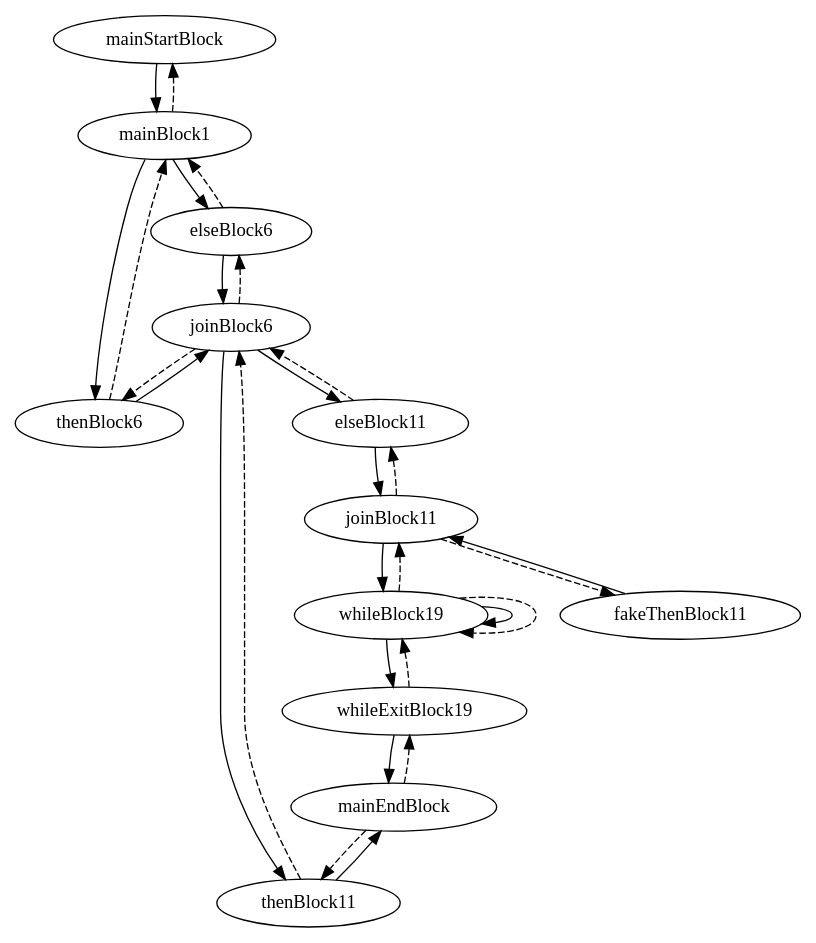
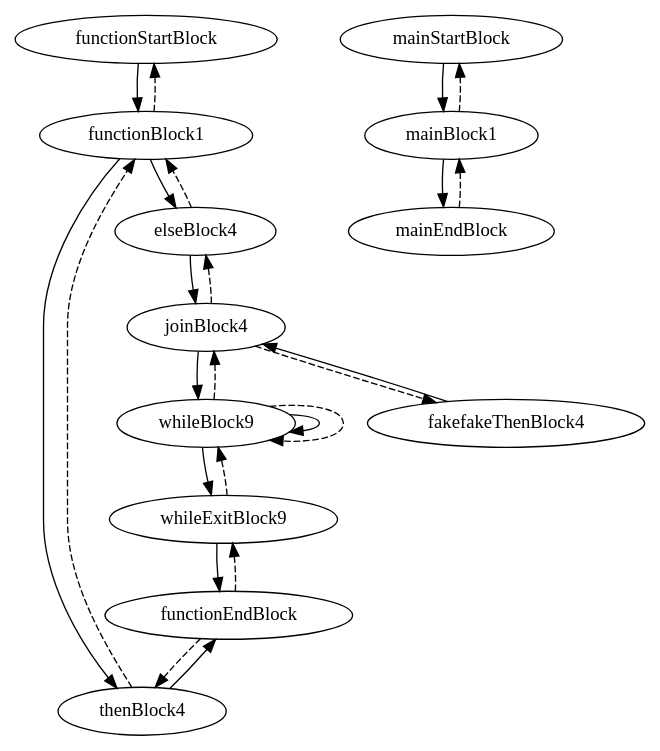
Before and after one commit to thomassimko/compiler: the diagram in cfg.gv, drawn with Graphviz. The commit also changed 310 other files, not shown here.

```diff
--- a/cfg.gv
+++ b/cfg.gv
@@ -1,30 +1,26 @@
 digraph G {
-size ="8.5,11";mainStartBlock -> mainBlock1
-mainBlock1 -> thenBlock6
-mainBlock1 -> elseBlock6
+size ="8.5,11";functionStartBlock -> functionBlock1
+functionBlock1 -> thenBlock4
+functionBlock1 -> elseBlock4
+functionBlock1 -> functionStartBlock [style=dashed]
+thenBlock4 -> functionEndBlock
+thenBlock4 -> functionBlock1 [style=dashed]
+elseBlock4 -> joinBlock4
+elseBlock4 -> functionBlock1 [style=dashed]
+joinBlock4 -> whileBlock9
+joinBlock4 -> fakefakeThenBlock4 [style=dashed]
+joinBlock4 -> elseBlock4 [style=dashed]
+fakefakeThenBlock4 -> joinBlock4
+whileBlock9 -> whileBlock9
+whileBlock9 -> whileExitBlock9
+whileBlock9 -> joinBlock4 [style=dashed]
+whileBlock9 -> whileBlock9 [style=dashed]
+whileExitBlock9 -> functionEndBlock
+whileExitBlock9 -> whileBlock9 [style=dashed]
+functionEndBlock -> thenBlock4 [style=dashed]
+functionEndBlock -> whileExitBlock9 [style=dashed]
+mainStartBlock -> mainBlock1
+mainBlock1 -> mainEndBlock
 mainBlock1 -> mainStartBlock [style=dashed]
-mainEndBlock -> thenBlock11 [style=dashed]
-mainEndBlock -> whileExitBlock19 [style=dashed]
-thenBlock6 -> joinBlock6
-thenBlock6 -> mainBlock1 [style=dashed]
-elseBlock6 -> joinBlock6
-elseBlock6 -> mainBlock1 [style=dashed]
-joinBlock6 -> thenBlock11
-joinBlock6 -> elseBlock11
-joinBlock6 -> thenBlock6 [style=dashed]
-joinBlock6 -> elseBlock6 [style=dashed]
-thenBlock11 -> mainEndBlock
-thenBlock11 -> joinBlock6 [style=dashed]
-elseBlock11 -> joinBlock11
-elseBlock11 -> joinBlock6 [style=dashed]
-joinBlock11 -> whileBlock19
-joinBlock11 -> fakeThenBlock11 [style=dashed]
-joinBlock11 -> elseBlock11 [style=dashed]
-fakeThenBlock11 -> joinBlock11
-whileBlock19 -> whileBlock19
-whileBlock19 -> whileExitBlock19
-whileBlock19 -> joinBlock11 [style=dashed]
-whileBlock19 -> whileBlock19 [style=dashed]
-whileExitBlock19 -> mainEndBlock
-whileExitBlock19 -> whileBlock19 [style=dashed]
+mainEndBlock -> mainBlock1 [style=dashed]
 }
```
